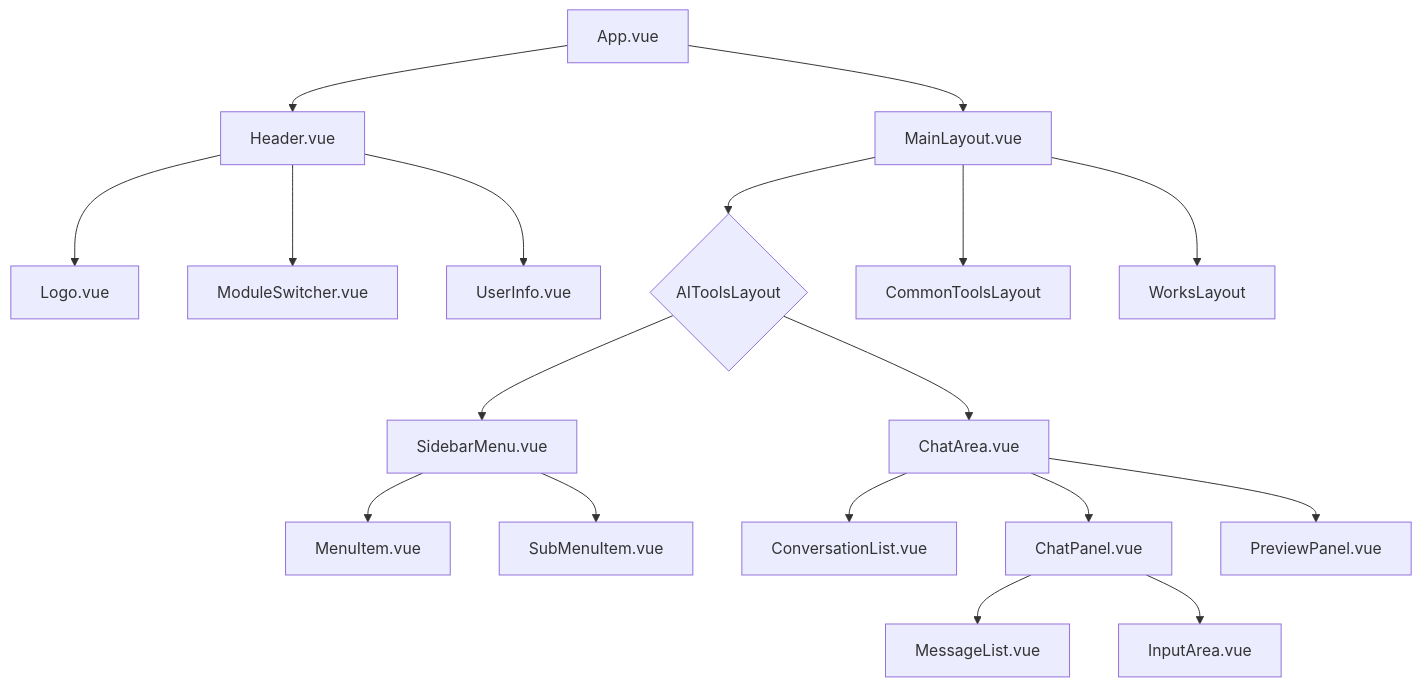
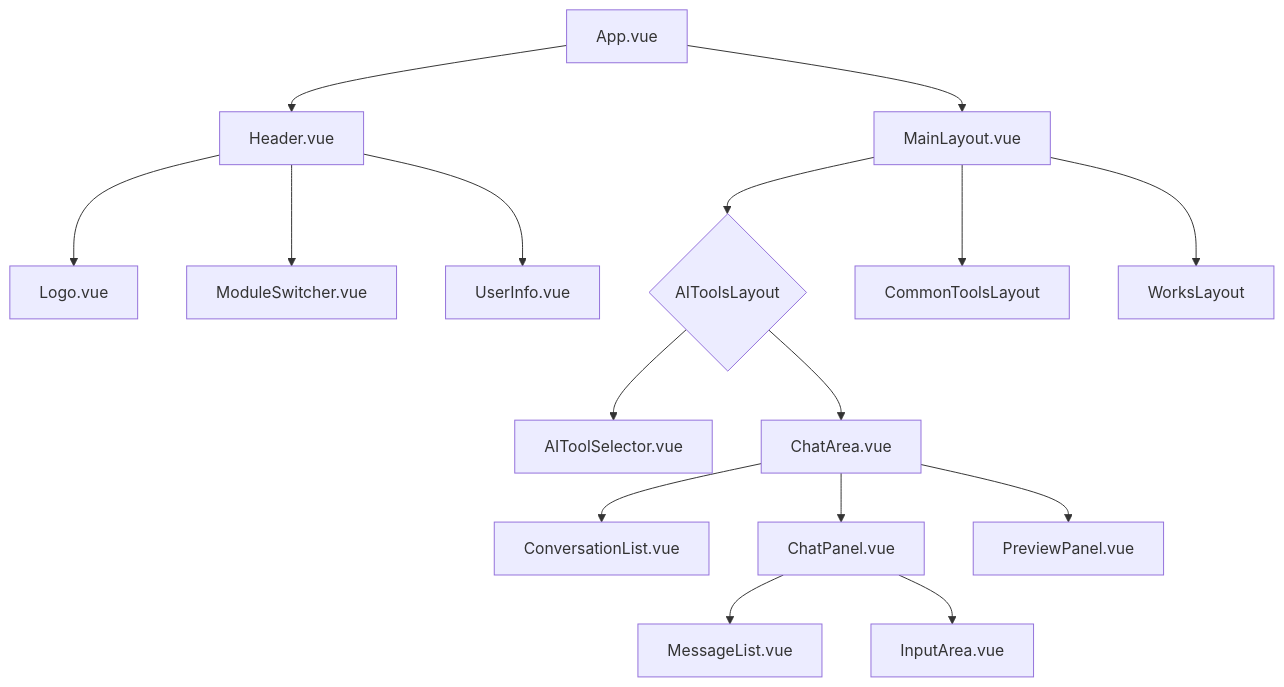
The first of 3 diagrams in docs/design/frontend_architecture.md (ZhangColin/ai-teacher-platform), drawn with Mermaid before and after one commit. The commit also changed other lines of this file and 30 other files, not shown here.

````diff
--- a/docs/design/frontend_architecture.md
+++ b/docs/design/frontend_architecture.md
@@ -699,26 +719,23 @@
 ```mermaid
 graph TD
     A[App.vue] --> B[Header.vue]
     A --> C[MainLayout.vue]
     
     B --> D[Logo.vue]
     B --> E[ModuleSwitcher.vue]
     B --> F[UserInfo.vue]
     
     C --> G{AIToolsLayout}
     C --> H[CommonToolsLayout]
     C --> I[WorksLayout]
     
-    G --> J[SidebarMenu.vue]
+    G --> J[AIToolSelector.vue]
     G --> K[ChatArea.vue]
-    
-    J --> L[MenuItem.vue]
-    J --> M[SubMenuItem.vue]
     
     K --> N[ConversationList.vue]
     K --> O[ChatPanel.vue]
     K --> P[PreviewPanel.vue]
     
     O --> Q[MessageList.vue]
     O --> R[InputArea.vue]
 ```
````
